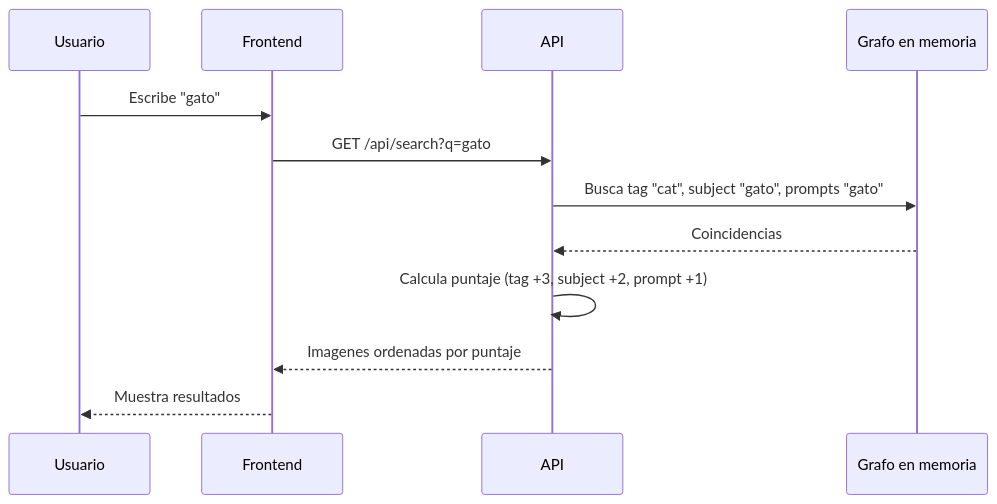
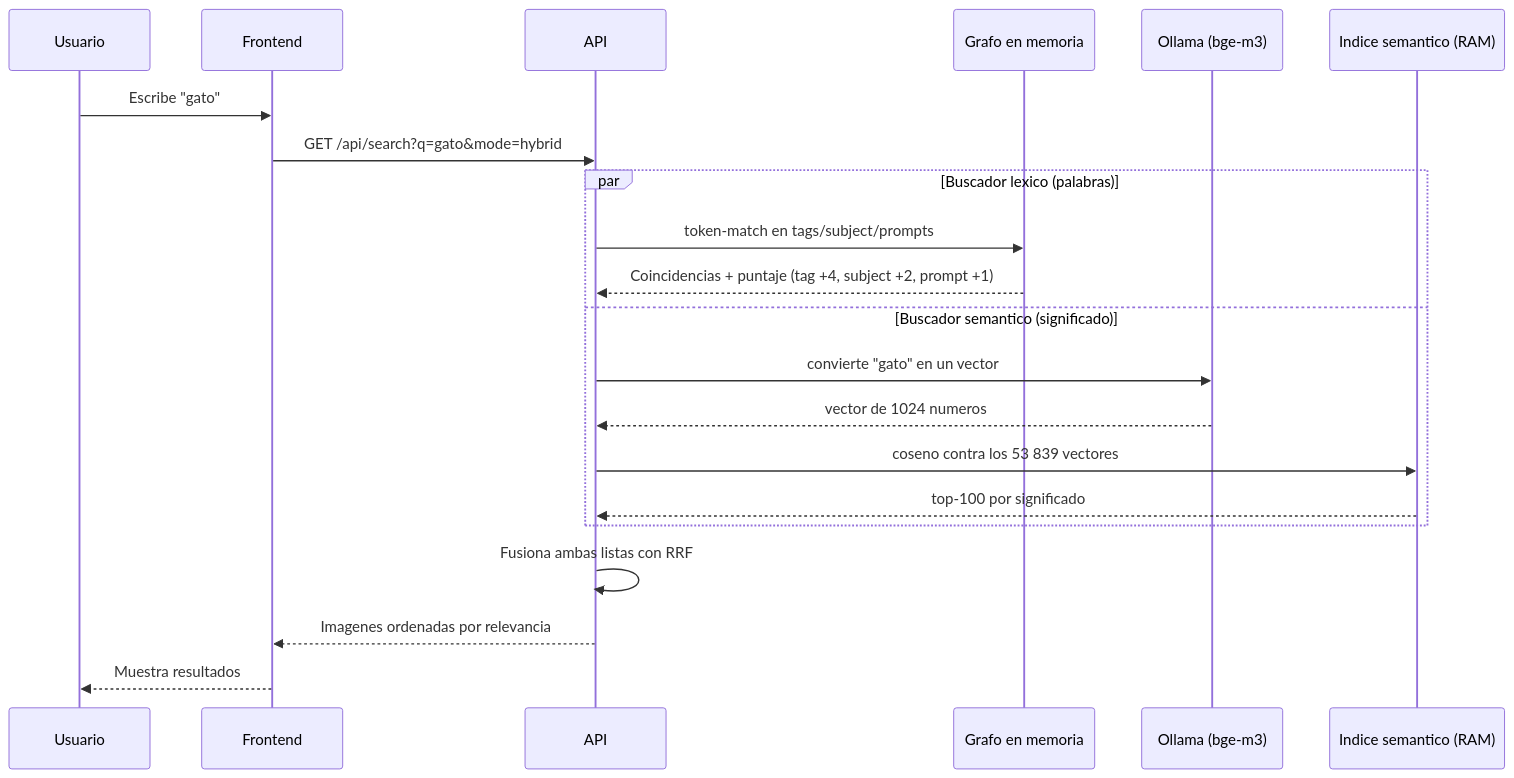
One commit to epimient/Buscador_grafos changed the third of 9 diagrams in docs/VORAEL_GUIA_COMPLETA.md. Above: the diagram before and after it, drawn with Mermaid. The commit also changed other lines of this file and 8 other files, not shown here.

````diff
--- a/docs/VORAEL_GUIA_COMPLETA.md
+++ b/docs/VORAEL_GUIA_COMPLETA.md
@@ -82,15 +83,24 @@
 ```mermaid
 sequenceDiagram
     participant U as Usuario
     participant F as Frontend
     participant A as API
     participant G as Grafo en memoria
+    participant O as Ollama (bge-m3)
+    participant S as Indice semantico (RAM)
 
     U->>F: Escribe "gato"
-    F->>A: GET /api/search?q=gato
-    A->>G: Busca tag "cat", subject "gato", prompts "gato"
-    G-->>A: Coincidencias
-    A->>A: Calcula puntaje (tag +3, subject +2, prompt +1)
-    A-->>F: Imagenes ordenadas por puntaje
+    F->>A: GET /api/search?q=gato&mode=hybrid
+    par Buscador lexico (palabras)
+        A->>G: token-match en tags/subject/prompts
+        G-->>A: Coincidencias + puntaje (tag +4, subject +2, prompt +1)
+    and Buscador semantico (significado)
+        A->>O: convierte "gato" en un vector
+        O-->>A: vector de 1024 numeros
+        A->>S: coseno contra los 53 839 vectores
+        S-->>A: top-100 por significado
+    end
+    A->>A: Fusiona ambas listas con RRF
+    A-->>F: Imagenes ordenadas por relevancia
     F-->>U: Muestra resultados
 ```
````
